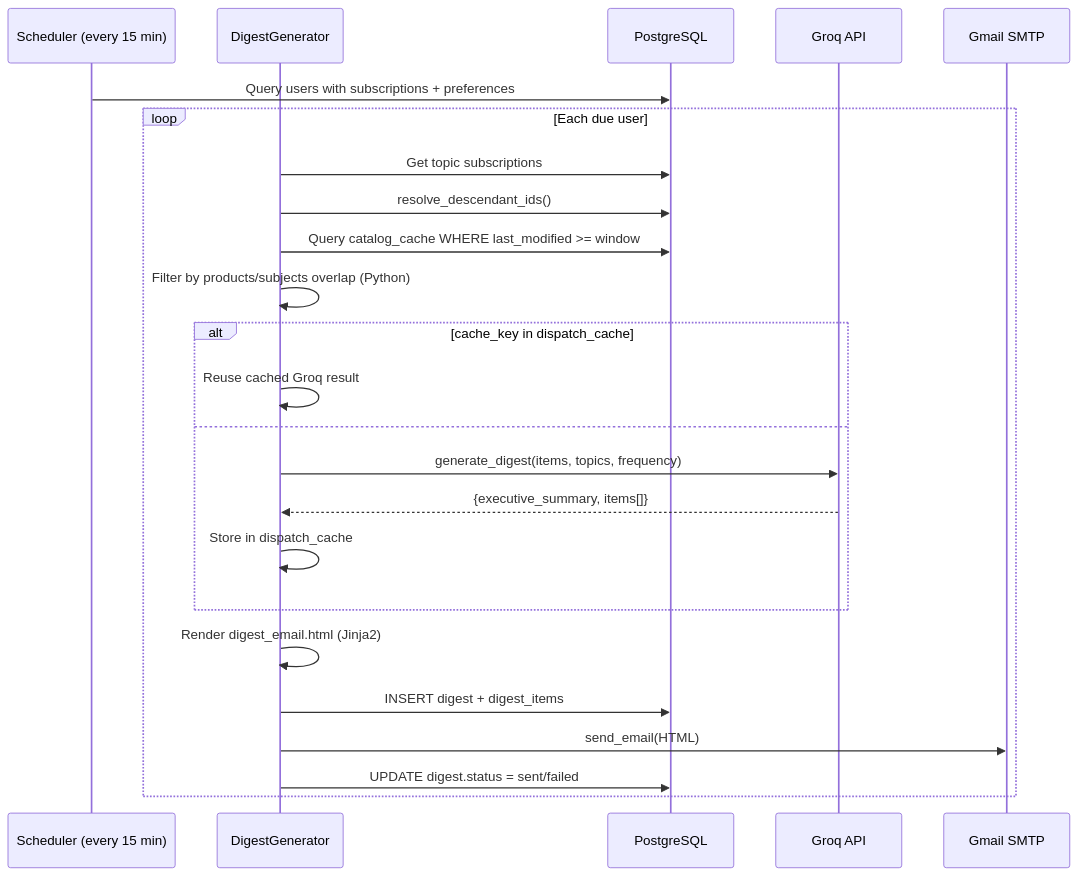
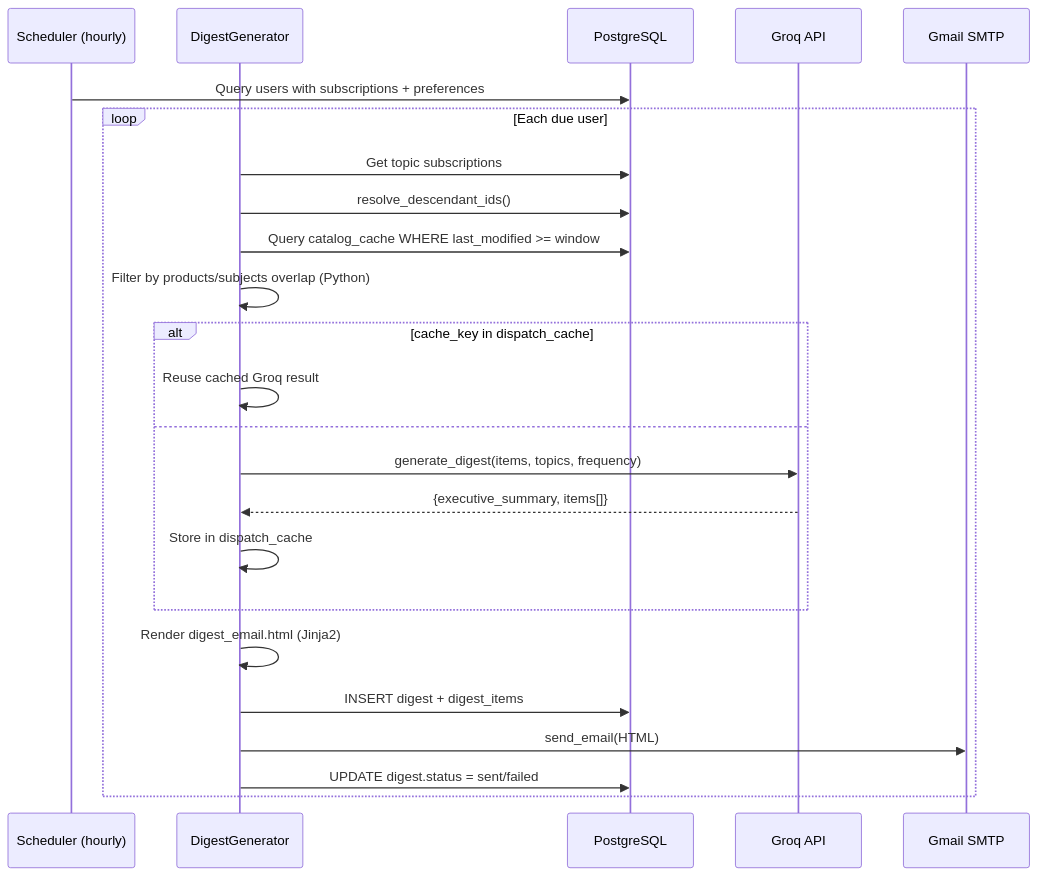
Before and after one commit to kiro39498-tech/MS-Learn-Digest: the fifth of 6 diagrams in docs/architecture/architecture_overview.md, drawn with Mermaid. The commit also changed other lines of this file and 48 other files, not shown here.

````diff
--- a/docs/architecture/architecture_overview.md
+++ b/docs/architecture/architecture_overview.md
@@ -207,27 +207,27 @@
 ```mermaid
 sequenceDiagram
-    participant SCH as Scheduler (every 15 min)
+    participant SCH as Scheduler (hourly)
     participant DG as DigestGenerator
     participant PG as PostgreSQL
     participant GR as Groq API
     participant SMTP as Gmail SMTP
 
     SCH->>PG: Query users with subscriptions + preferences
     loop Each due user
         DG->>PG: Get topic subscriptions
         DG->>PG: resolve_descendant_ids()
         DG->>PG: Query catalog_cache WHERE last_modified >= window
         DG->>DG: Filter by products/subjects overlap (Python)
         alt cache_key in dispatch_cache
             DG->>DG: Reuse cached Groq result
         else
             DG->>GR: generate_digest(items, topics, frequency)
             GR-->>DG: {executive_summary, items[]}
             DG->>DG: Store in dispatch_cache
         end
         DG->>DG: Render digest_email.html (Jinja2)
         DG->>PG: INSERT digest + digest_items
         DG->>SMTP: send_email(HTML)
         DG->>PG: UPDATE digest.status = sent/failed
     end
 ```
````
